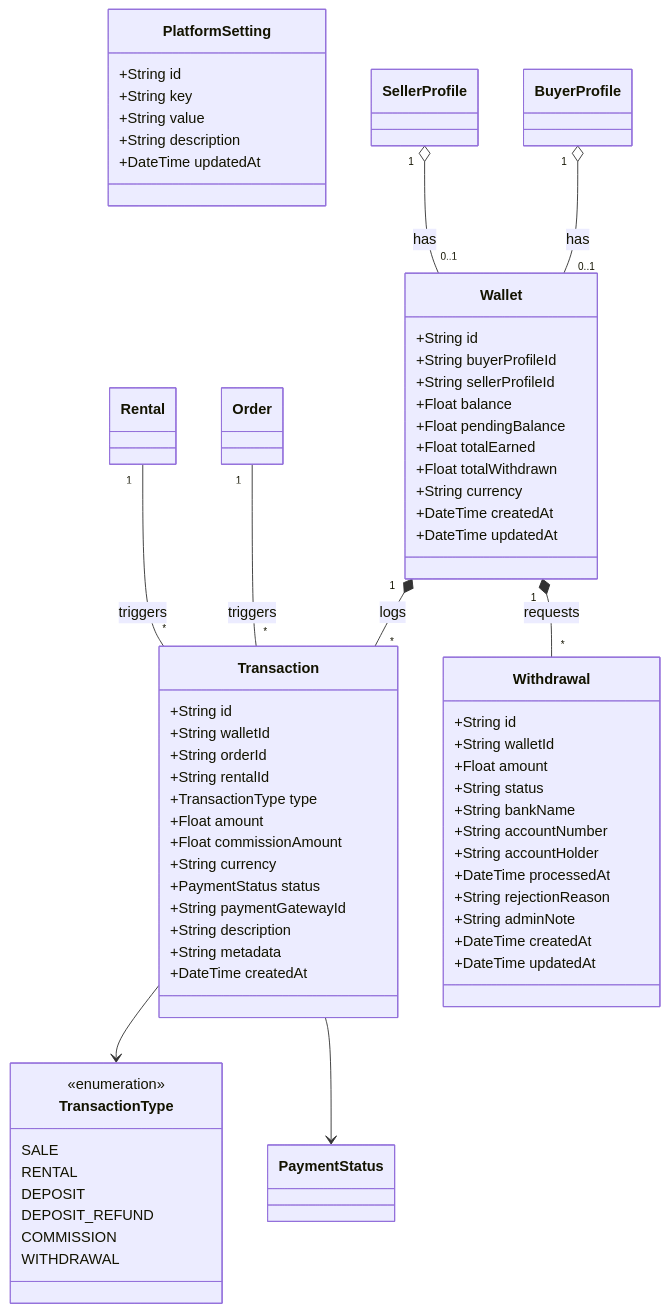
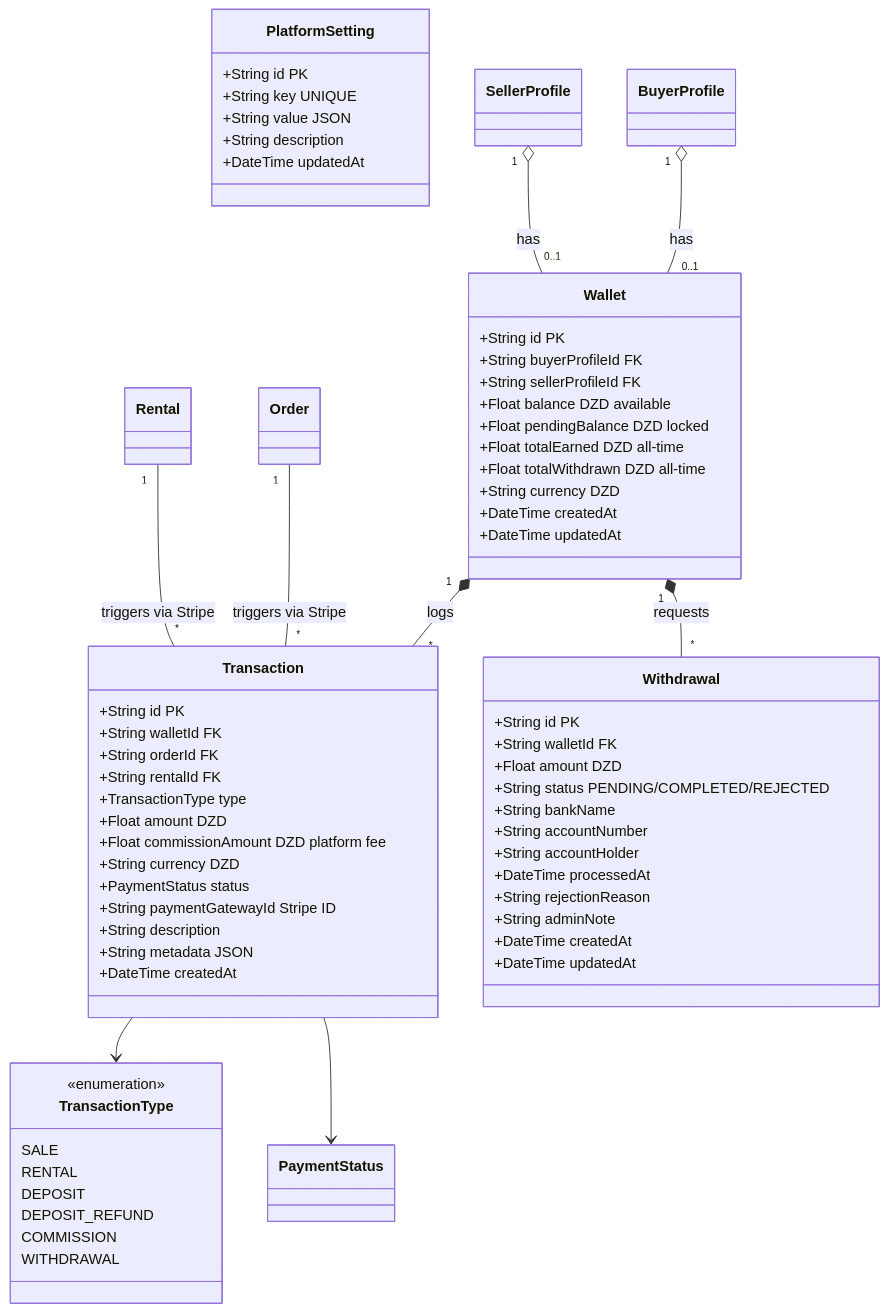
One commit to tayeb736/prohect12 changed the fifth of 6 diagrams in diagrams/07_class_diagram.md. Above: the diagram before and after it, drawn with Mermaid. The commit also changed other lines of this file and 7 other files, not shown here.

Commit message:
docs: update all UML diagrams — add PostgreSQL, Redis, S3, Stripe, SendGrid, KYC, Swagger per readme2 & README3

````diff
--- a/diagrams/07_class_diagram.md
+++ b/diagrams/07_class_diagram.md
@@ -489,75 +490,75 @@
 ```mermaid
 classDiagram
 direction TB
 
   class TransactionType {
     <<enumeration>>
     SALE
     RENTAL
     DEPOSIT
     DEPOSIT_REFUND
     COMMISSION
     WITHDRAWAL
   }
 
   class Wallet {
-    +String id
-    +String buyerProfileId
-    +String sellerProfileId
-    +Float balance
-    +Float pendingBalance
-    +Float totalEarned
-    +Float totalWithdrawn
-    +String currency
+    +String id PK
+    +String buyerProfileId FK
+    +String sellerProfileId FK
+    +Float balance DZD available
+    +Float pendingBalance DZD locked
+    +Float totalEarned DZD all-time
+    +Float totalWithdrawn DZD all-time
+    +String currency DZD
     +DateTime createdAt
     +DateTime updatedAt
   }
 
   class Transaction {
-    +String id
-    +String walletId
-    +String orderId
-    +String rentalId
+    +String id PK
+    +String walletId FK
+    +String orderId FK
+    +String rentalId FK
     +TransactionType type
-    +Float amount
-    +Float commissionAmount
-    +String currency
+    +Float amount DZD
+    +Float commissionAmount DZD platform fee
+    +String currency DZD
     +PaymentStatus status
-    +String paymentGatewayId
+    +String paymentGatewayId Stripe ID
     +String description
-    +String metadata
+    +String metadata JSON
     +DateTime createdAt
   }
 
   class Withdrawal {
-    +String id
-    +String walletId
-    +Float amount
-    +String status
+    +String id PK
+    +String walletId FK
+    +Float amount DZD
+    +String status PENDING/COMPLETED/REJECTED
     +String bankName
     +String accountNumber
     +String accountHolder
     +DateTime processedAt
     +String rejectionReason
     +String adminNote
     +DateTime createdAt
     +DateTime updatedAt
   }
 
   class PlatformSetting {
-    +String id
-    +String key
-    +String value
+    +String id PK
+    +String key UNIQUE
+    +String value JSON
     +String description
     +DateTime updatedAt
   }
 
   BuyerProfile "1" o-- "0..1" Wallet : has
   SellerProfile "1" o-- "0..1" Wallet : has
   Wallet "1" *-- "*" Transaction : logs
   Wallet "1" *-- "*" Withdrawal : requests
   Transaction --> TransactionType
   Transaction --> PaymentStatus
-  Order "1" -- "*" Transaction : triggers
-  Rental "1" -- "*" Transaction : triggers
+  Order "1" -- "*" Transaction : triggers via Stripe
+  Rental "1" -- "*" Transaction : triggers via Stripe
 ```
````
